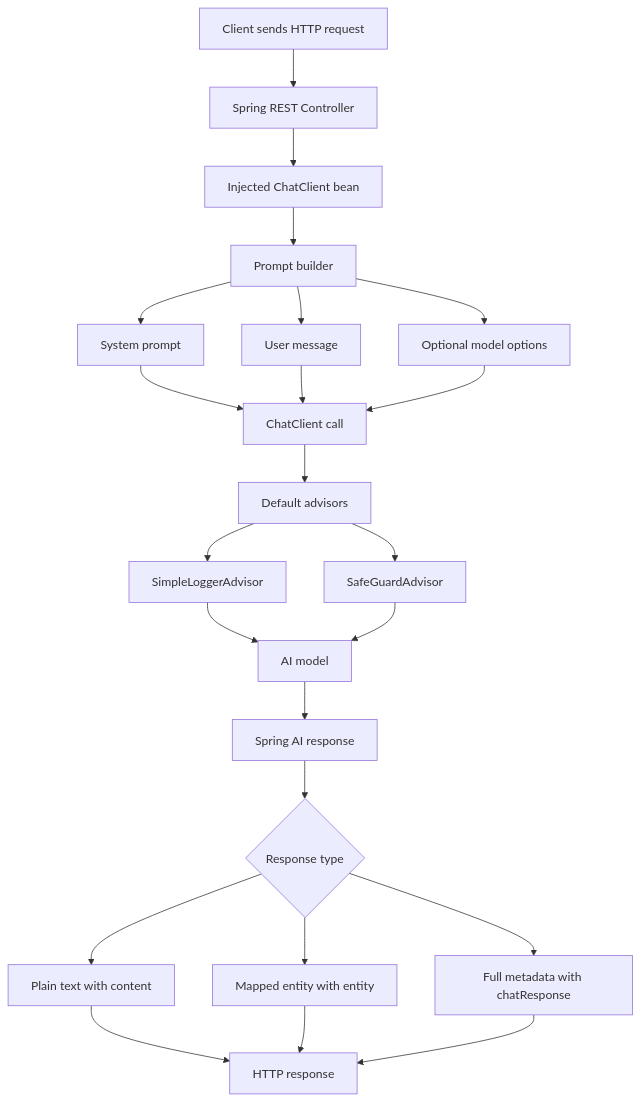
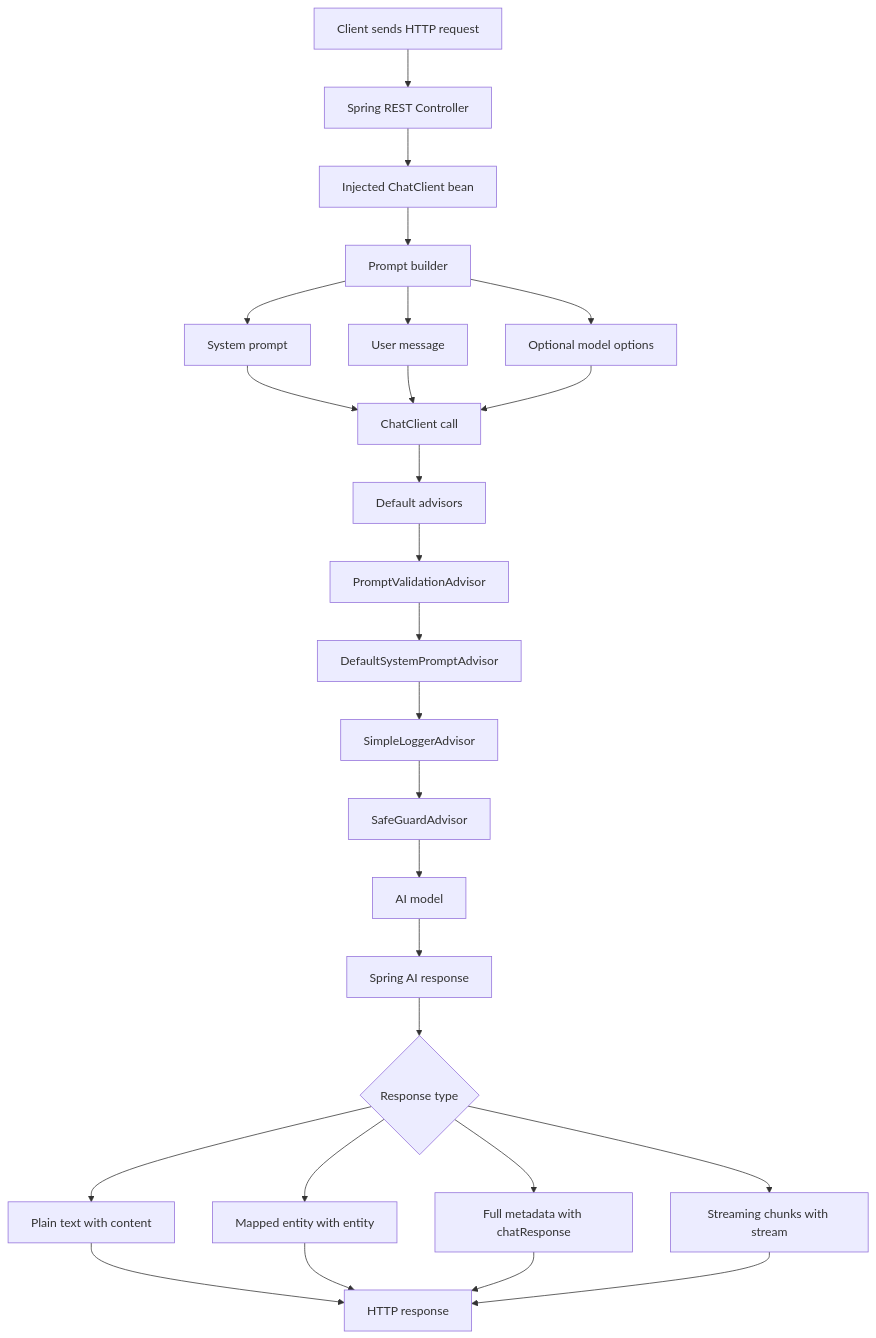
The diagram in Readme.md (Nasruddinkhan/gen-ai-sb), drawn with Mermaid before and after one commit. The commit also changed other lines of this file and 16 other files, not shown here.

````diff
--- a/Readme.md
+++ b/Readme.md
@@ -47,25 +69,28 @@
 ```mermaid
 flowchart TD
     A[Client sends HTTP request] --> B[Spring REST Controller]
     B --> C[Injected ChatClient bean]
     C --> D[Prompt builder]
     D --> E[System prompt]
     D --> F[User message]
     D --> G[Optional model options]
     E --> H[ChatClient call]
     F --> H
     G --> H
     H --> I[Default advisors]
-    I --> J[SimpleLoggerAdvisor]
-    I --> K[SafeGuardAdvisor]
-    J --> L[AI model]
-    K --> L
+    I --> S[PromptValidationAdvisor]
+    S --> U[DefaultSystemPromptAdvisor]
+    U --> J[SimpleLoggerAdvisor]
+    J --> K[SafeGuardAdvisor]
+    K --> L[AI model]
     L --> M[Spring AI response]
     M --> N{Response type}
     N --> O[Plain text with content]
     N --> P[Mapped entity with entity]
     N --> Q[Full metadata with chatResponse]
+    N --> T[Streaming chunks with stream]
     O --> R[HTTP response]
     P --> R
     Q --> R
+    T --> R
 ```
````
